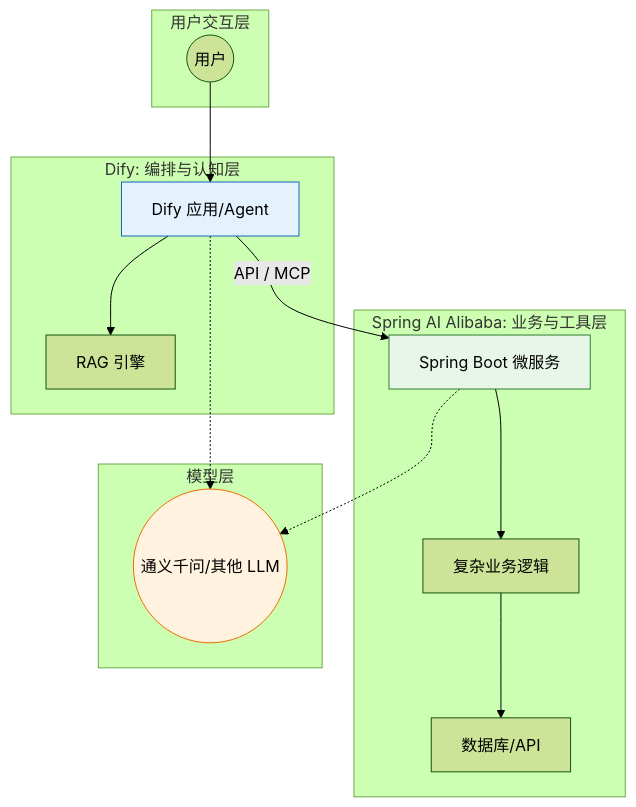
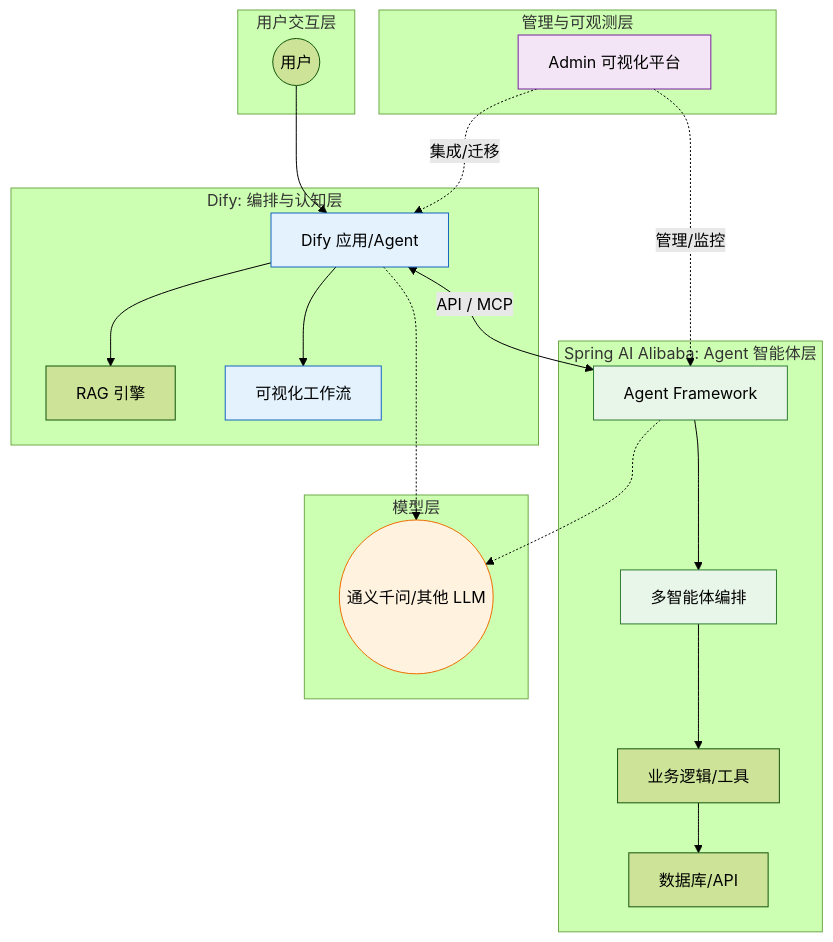
Before and after one commit to hanwei808/ai-product-production-guide: the diagram in dify-spring-ai-alibaba-guide.md, drawn with Mermaid (forest theme). The commit also changed other lines of this file and 7 other files, not shown here.

````diff
--- a/dify-spring-ai-alibaba-guide.md
+++ b/dify-spring-ai-alibaba-guide.md
@@ -5,33 +8,46 @@
 ```mermaid
 graph TD
     subgraph User_Layer [用户交互层]
         User((用户))
     end
 
     subgraph Orchestration_Layer [Dify: 编排与认知层]
         DifyApp[Dify 应用/Agent]
         RAG[RAG 引擎]
+        Workflow[可视化工作流]
     end
 
-    subgraph Capability_Layer [Spring AI Alibaba: 业务与工具层]
-        SpringService[Spring Boot 微服务]
-        BizLogic[复杂业务逻辑]
+    subgraph Agent_Layer [Spring AI Alibaba: Agent 智能体层]
+        SpringAgent[Agent Framework]
+        MultiAgent[多智能体编排]
+        BizLogic[业务逻辑/工具]
         DataAccess[数据库/API]
+    end
+
+    subgraph Admin_Layer [管理与可观测层]
+        Admin[Admin 可视化平台]
     end
 
     subgraph Model_Layer [模型层]
         LLM((通义千问/其他 LLM))
     end
 
     User --> DifyApp
     DifyApp --> RAG
-    DifyApp -->|API / MCP| SpringService
-    SpringService --> BizLogic
+    DifyApp --> Workflow
+    DifyApp <-->|API / MCP| SpringAgent
+    SpringAgent --> MultiAgent
+    MultiAgent --> BizLogic
     BizLogic --> DataAccess
     DifyApp -.-> LLM
-    SpringService -.-> LLM
+    SpringAgent -.-> LLM
+    Admin -.->|集成/迁移| DifyApp
+    Admin -.->|管理/监控| SpringAgent
 
     style DifyApp fill:#e3f2fd,stroke:#1565c0
-    style SpringService fill:#e8f5e9,stroke:#2e7d32
+    style Workflow fill:#e3f2fd,stroke:#1565c0
+    style SpringAgent fill:#e8f5e9,stroke:#2e7d32
+    style MultiAgent fill:#e8f5e9,stroke:#2e7d32
     style LLM fill:#fff3e0,stroke:#ef6c00
+    style Admin fill:#f3e5f5,stroke:#7b1fa2
 ```
````
